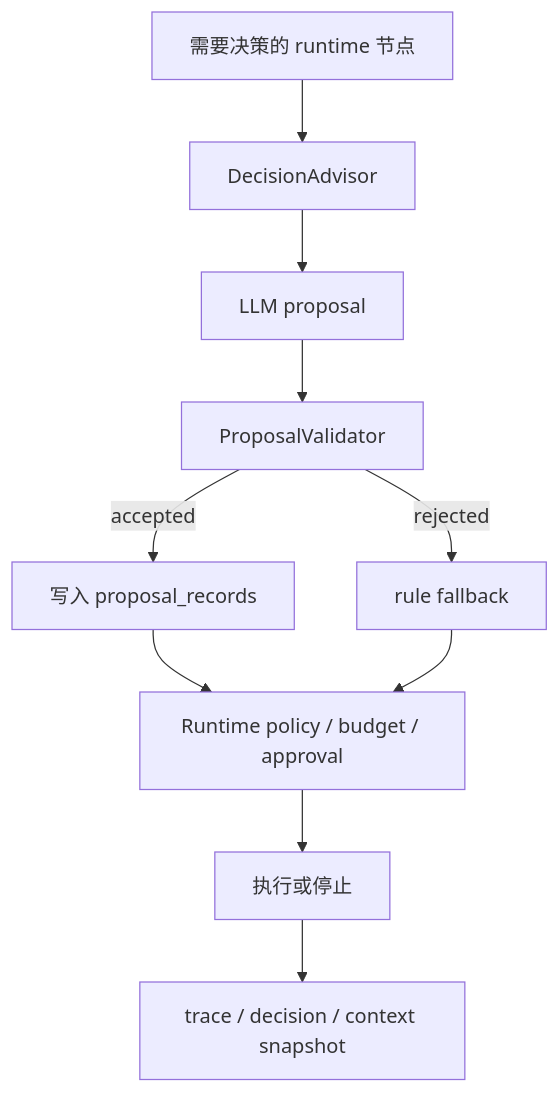
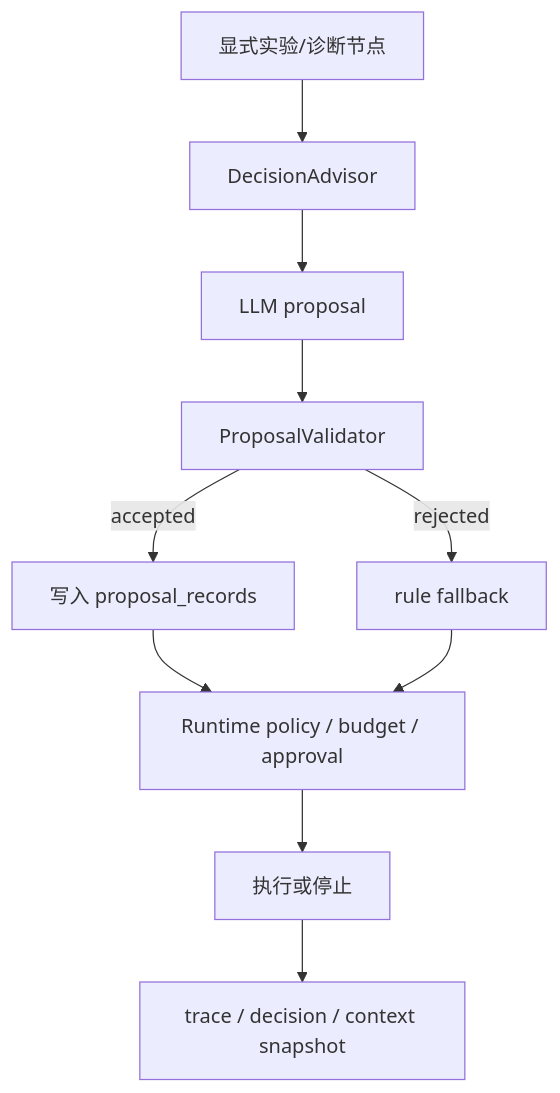
Before and after one commit to sunhy339/yuanbao_agent: the tenth of 12 diagrams in docs/YUANBAO_AGENT_DOCS_CONSOLIDATED.md, drawn with Mermaid. The commit also changed other lines of this file and 16 other files, not shown here.

````diff
--- a/docs/YUANBAO_AGENT_DOCS_CONSOLIDATED.md
+++ b/docs/YUANBAO_AGENT_DOCS_CONSOLIDATED.md
@@ -878,12 +886,12 @@
 ```mermaid
 flowchart TD
-  A["需要决策的 runtime 节点"] --> B["DecisionAdvisor"]
+  A["显式实验/诊断节点"] --> B["DecisionAdvisor"]
   B --> C["LLM proposal"]
   C --> D["ProposalValidator"]
   D -->|accepted| E["写入 proposal_records"]
   D -->|rejected| F["rule fallback"]
   E --> G["Runtime policy / budget / approval"]
   F --> G
   G --> H["执行或停止"]
   H --> I["trace / decision / context snapshot"]
 ```
````
